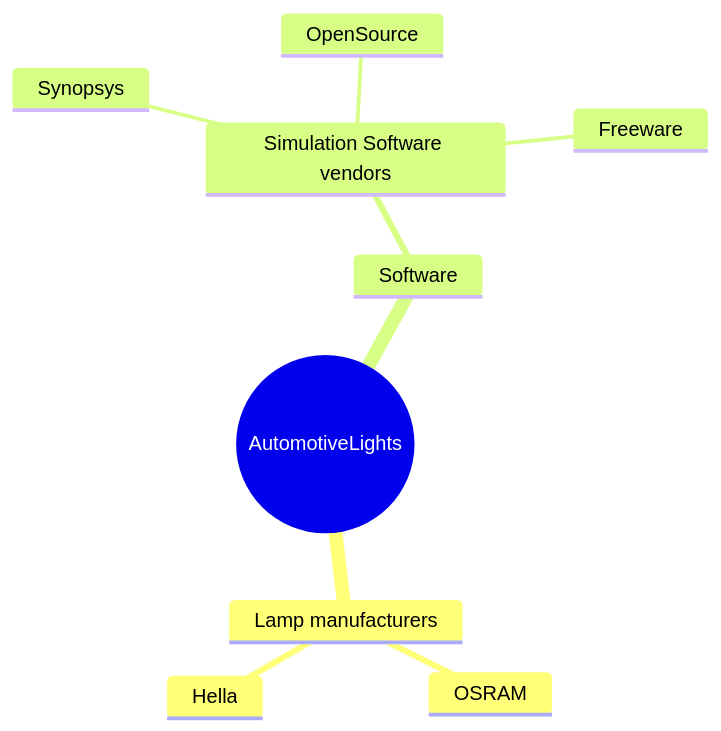
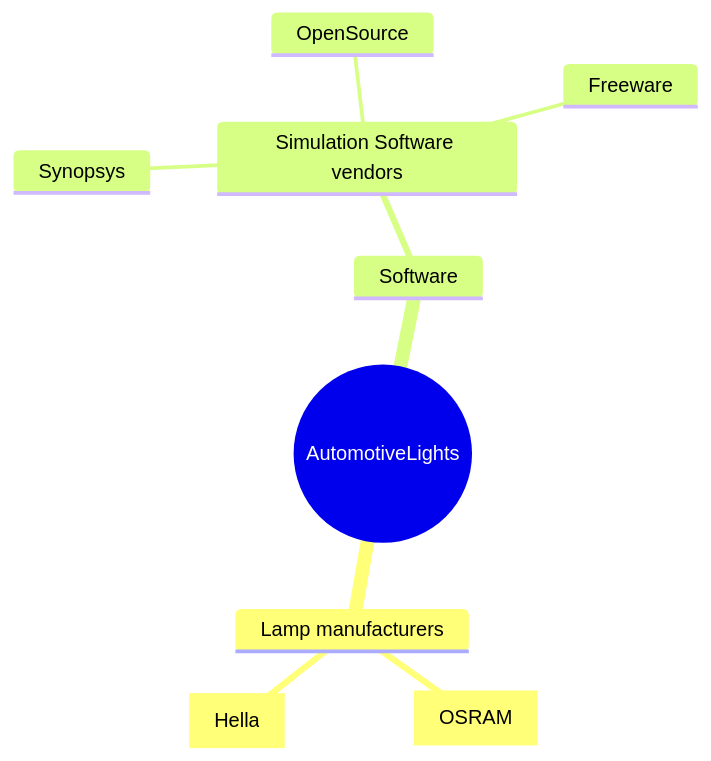
Before and after one commit to kishorekanala/VehicleSim: the diagram in VehicleSystemsReports/VehicleLightingSystem/VehicleLightingSystem.md, drawn with Mermaid.

Commit message:
Apr 1, 2023, 3:02 PM

````diff
--- a/VehicleSystemsReports/VehicleLightingSystem/VehicleLightingSystem.md
+++ b/VehicleSystemsReports/VehicleLightingSystem/VehicleLightingSystem.md
@@ -100,12 +100,12 @@
 ```mermaid
 mindmap
   root((AutomotiveLights))
     Lamp manufacturers
-      OSRAM
-      Hella
+      OSRAM[OSRAM]
+      Hella[Hella]
     Software
       Simulation Software vendors
         Synopsys
         OpenSource
         Freeware
 ```
````
